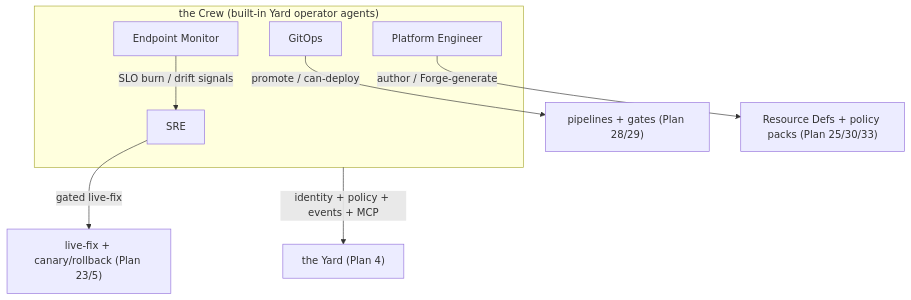
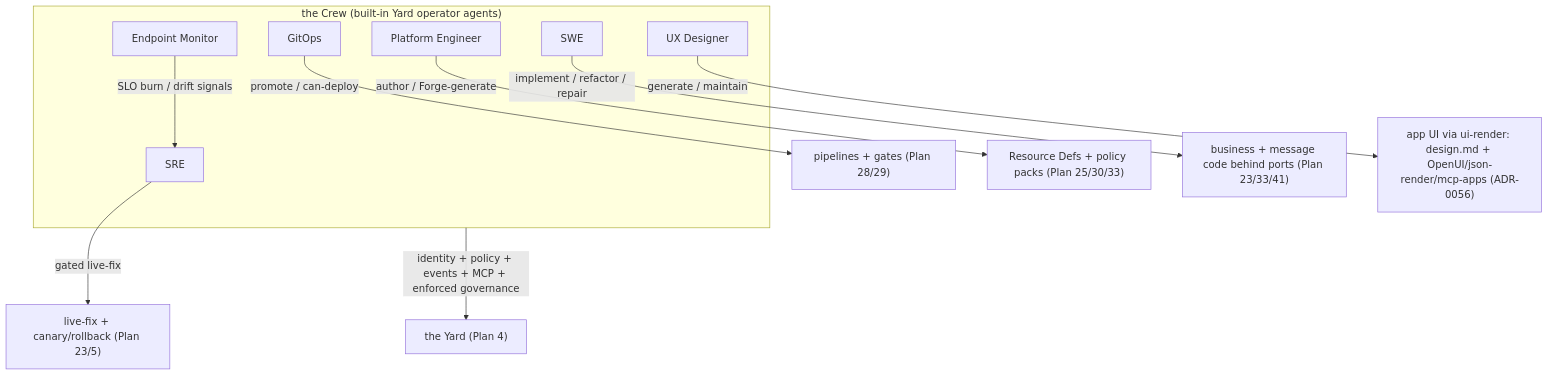
Before and after one commit to Tyler-R-Kendrick/HoBo: the first of 2 diagrams in docs/design/operators-sre.md, drawn with Mermaid. The commit also changed other lines of this file and 22 other files, not shown here.

````diff
--- a/docs/design/operators-sre.md
+++ b/docs/design/operators-sre.md
@@ -21,14 +22,18 @@
 ```mermaid
 flowchart TB
   subgraph CREW["the Crew (built-in Yard operator agents)"]
     SRE["SRE"]
     EM["Endpoint Monitor"]
     GO["GitOps"]
     PE["Platform Engineer"]
+    SWE["SWE"]
+    UX["UX Designer"]
   end
   EM -->|SLO burn / drift signals| SRE
   SRE -->|gated live-fix| FIX["live-fix + canary/rollback (Plan 23/5)"]
   GO -->|promote / can-deploy| DEP["pipelines + gates (Plan 28/29)"]
   PE -->|author / Forge-generate| DEFS["Resource Defs + policy packs (Plan 25/30/33)"]
-  CREW -->|identity + policy + events + MCP| YARD["the Yard (Plan 4)"]
+  SWE -->|implement / refactor / repair| CODE["business + message code behind ports (Plan 23/33/41)"]
+  UX -->|generate / maintain| UI["app UI via ui-render: design.md + OpenUI/json-render/mcp-apps (ADR-0056)"]
+  CREW -->|identity + policy + events + MCP + enforced governance| YARD["the Yard (Plan 4)"]
 ```
````
